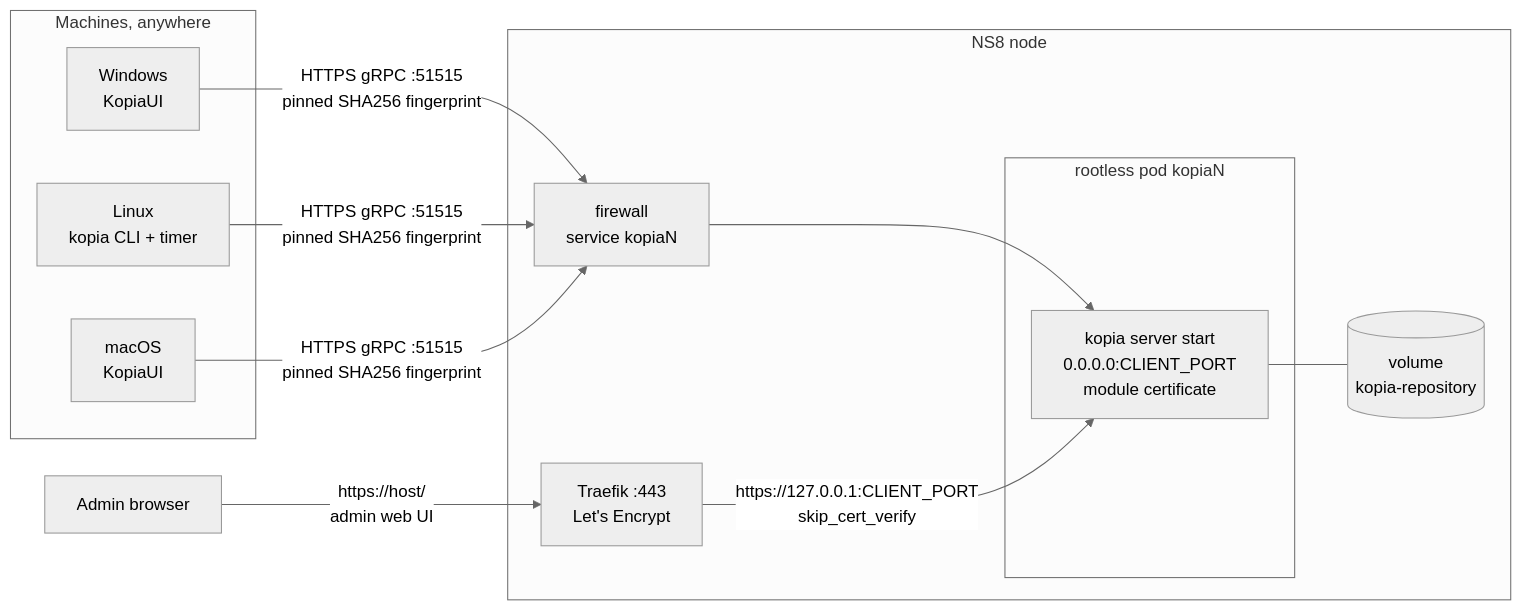
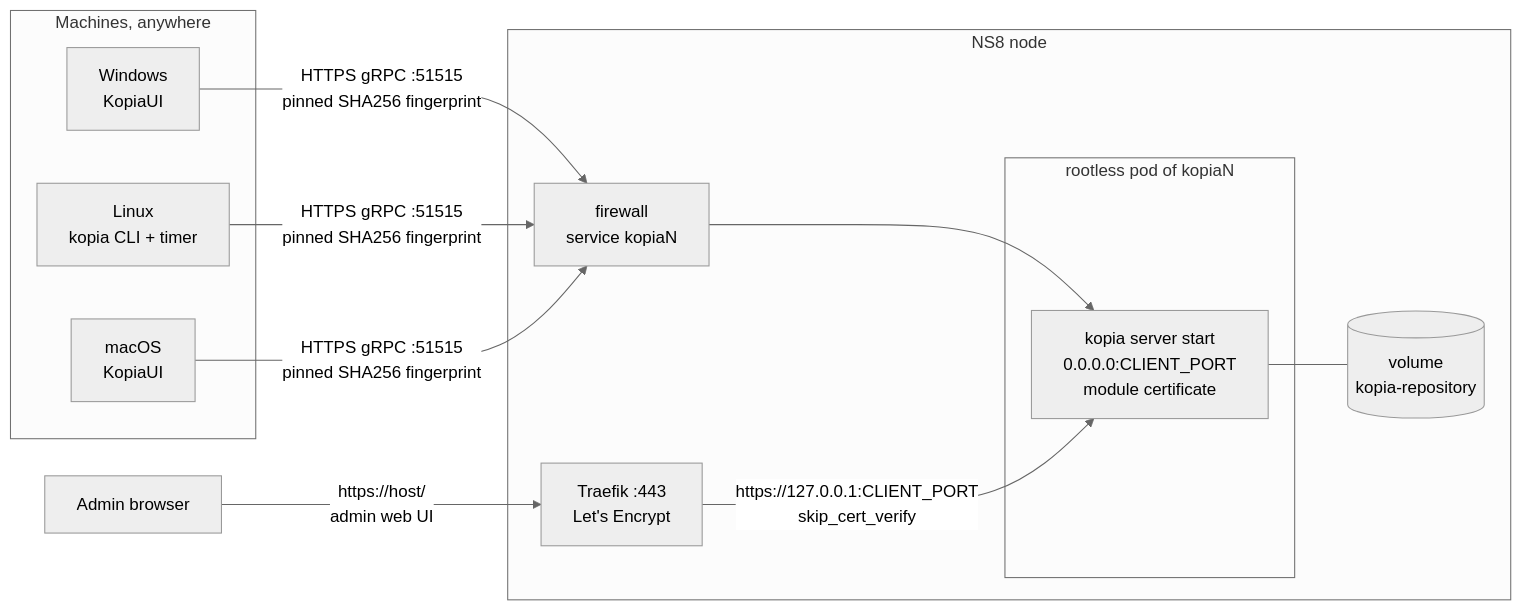
Before and after one commit to stephdl/ns8-kopia: the first of 3 diagrams in README.md, drawn with Mermaid (neutral theme). The commit also changed other lines of this file and 8 other files, not shown here.

````diff
--- a/README.md
+++ b/README.md
@@ -16,20 +16,20 @@
 ```mermaid
 flowchart LR
     subgraph Internet["Machines, anywhere"]
         W[Windows<br/>KopiaUI]
         L[Linux<br/>kopia CLI + timer]
         M[macOS<br/>KopiaUI]
     end
     A[Admin browser]
     subgraph NS8["NS8 node"]
         T["Traefik :443<br/>Let's Encrypt"]
         FW["firewall<br/>service kopiaN"]
-        subgraph Pod["rootless pod kopiaN"]
+        subgraph Pod["rootless pod of kopiaN"]
             K["kopia server start<br/>0.0.0.0:CLIENT_PORT<br/>module certificate"]
         end
         V[("volume<br/>kopia-repository")]
     end
     W & L & M -- "HTTPS gRPC :51515<br/>pinned SHA256 fingerprint" --> FW --> K
     A -- "https://host/<br/>admin web UI" --> T -- "https://127.0.0.1:CLIENT_PORT<br/>skip_cert_verify" --> K
     K --- V
 ```
````
